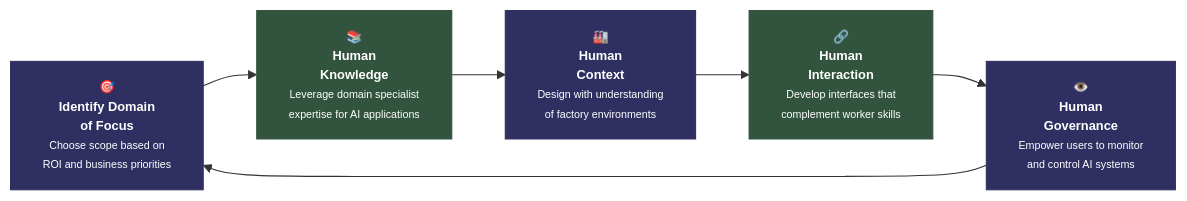
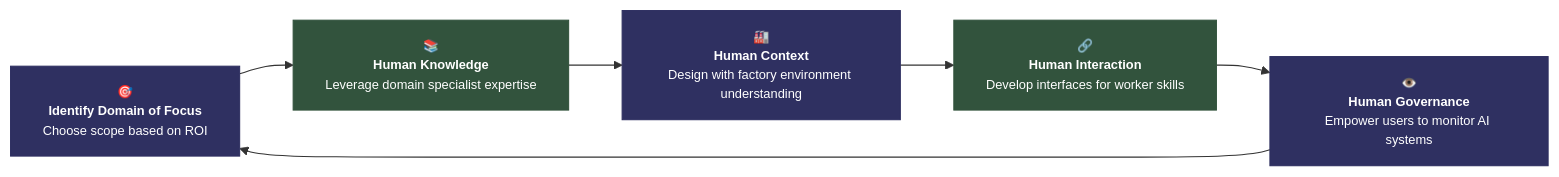
The diagram in factory-ai-implementation-diagram.md (isaacGAIS/diagramLN), drawn with Mermaid before and after one commit. The commit also changed other lines of this file, not shown here.

````diff
--- a/factory-ai-implementation-diagram.md
+++ b/factory-ai-implementation-diagram.md
@@ -105,26 +33,26 @@
 ```mermaid
 graph LR
-    A["🎯<br/><b>Identify Domain<br/>of Focus</b><br/><small>Choose scope based on<br/>ROI and business priorities</small>"]
-    B["📚<br/><b>Human<br/>Knowledge</b><br/><small>Leverage domain specialist<br/>expertise for AI applications</small>"]
-    C["🏭<br/><b>Human<br/>Context</b><br/><small>Design with understanding<br/>of factory environments</small>"]
-    D["🔗<br/><b>Human<br/>Interaction</b><br/><small>Develop interfaces that<br/>complement worker skills</small>"]
-    E["👁️<br/><b>Human<br/>Governance</b><br/><small>Empower users to monitor<br/>and control AI systems</small>"]
+    A["🎯<br/><b>Identify Domain of Focus</b><br/>Choose scope based on ROI"]
+    B["📚<br/><b>Human Knowledge</b><br/>Leverage domain specialist expertise"]
+    C["🏭<br/><b>Human Context</b><br/>Design with factory environment understanding"]
+    D["🔗<br/><b>Human Interaction</b><br/>Develop interfaces for worker skills"]
+    E["👁️<br/><b>Human Governance</b><br/>Empower users to monitor AI systems"]
     
     A --> B
     B --> C
     C --> D
     D --> E
     E --> A
     
     classDef step1 fill:#2F3061,stroke:#2F3061,stroke-width:1px,color:#fff,font-size:12px
     classDef step2 fill:#32533D,stroke:#32533D,stroke-width:1px,color:#fff,font-size:12px
     classDef step3 fill:#2F3061,stroke:#2F3061,stroke-width:1px,color:#fff,font-size:12px
     classDef step4 fill:#32533D,stroke:#32533D,stroke-width:1px,color:#fff,font-size:12px
     classDef step5 fill:#2F3061,stroke:#2F3061,stroke-width:1px,color:#fff,font-size:12px
     
     class A step1
     class B step2
     class C step3
     class D step4
     class E step5
 ```
````
